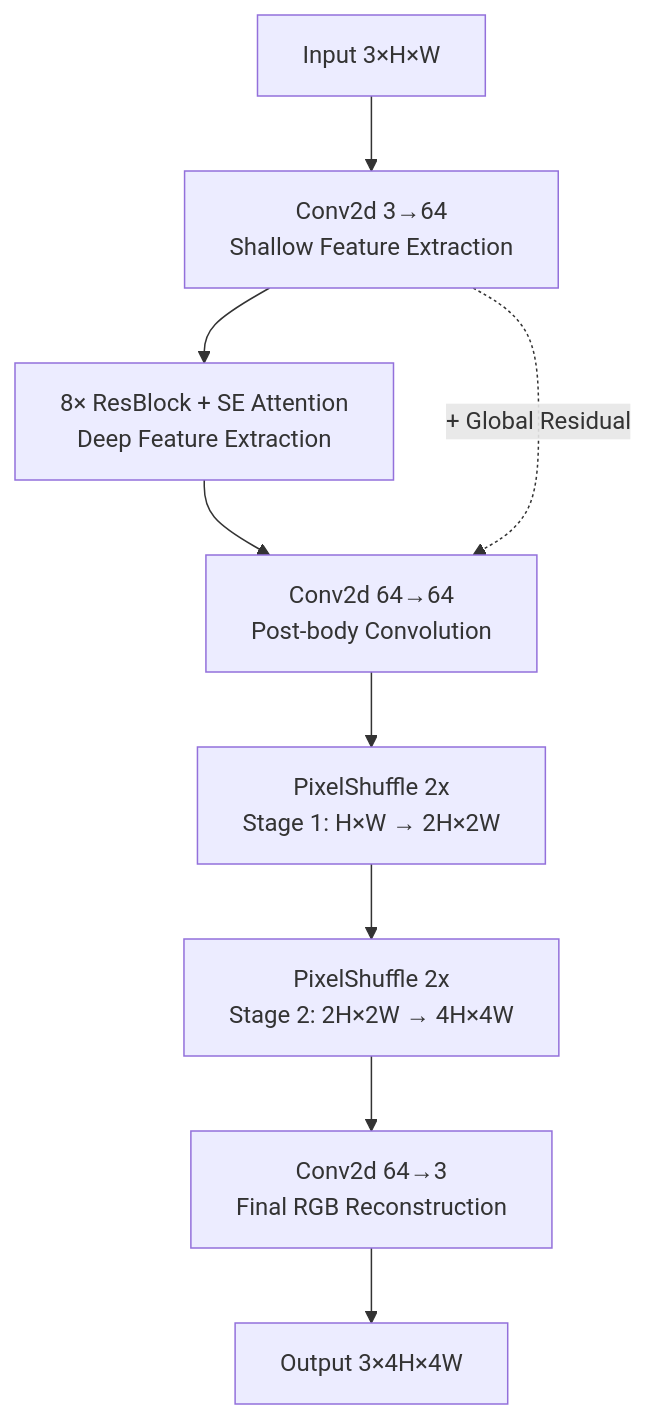
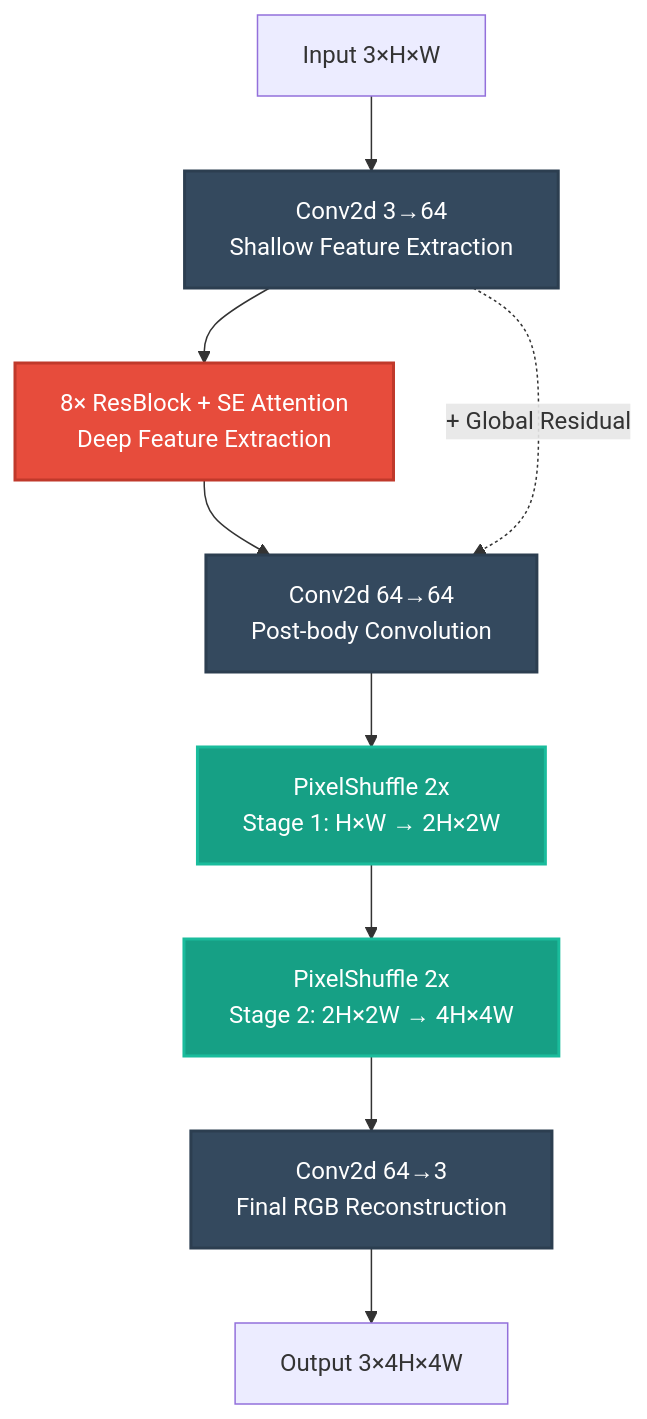
One commit to ADITYApg-123/satellite-super-resolution changed the second of 2 diagrams in README.md. Above: the diagram before and after it, drawn with Mermaid. The commit also changed other lines of this file, not shown here.

Commit message:
README: Add Table of Contents, Key Features, and colorized styling for Mermaid graphs

````diff
--- a/README.md
+++ b/README.md
@@ -127,14 +157,18 @@
 ```mermaid
 graph TD
-    In[Input 3×H×W] --> SFE[Conv2d 3→64<br>Shallow Feature Extraction]
-    SFE --> RB[8× ResBlock + SE Attention<br>Deep Feature Extraction]
-    RB --> PBC[Conv2d 64→64<br>Post-body Convolution]
+    classDef layer fill:#34495e,stroke:#2c3e50,stroke-width:2px,color:#fff
+    classDef core fill:#e74c3c,stroke:#c0392b,stroke-width:2px,color:#fff
+    classDef upsample fill:#16a085,stroke:#1abc9c,stroke-width:2px,color:#fff
+    
+    In[Input 3×H×W] --> SFE[Conv2d 3→64<br>Shallow Feature Extraction]:::layer
+    SFE --> RB[8× ResBlock + SE Attention<br>Deep Feature Extraction]:::core
+    RB --> PBC[Conv2d 64→64<br>Post-body Convolution]:::layer
     
     %% Global Residual Connection
     SFE -.->|+ Global Residual| PBC
     
-    PBC --> PS1[PixelShuffle 2x<br>Stage 1: H×W → 2H×2W]
-    PS1 --> PS2[PixelShuffle 2x<br>Stage 2: 2H×2W → 4H×4W]
-    PS2 --> Recon[Conv2d 64→3<br>Final RGB Reconstruction]
+    PBC --> PS1[PixelShuffle 2x<br>Stage 1: H×W → 2H×2W]:::upsample
+    PS1 --> PS2[PixelShuffle 2x<br>Stage 2: 2H×2W → 4H×4W]:::upsample
+    PS2 --> Recon[Conv2d 64→3<br>Final RGB Reconstruction]:::layer
     Recon --> Out[Output 3×4H×4W]
 ```
````
